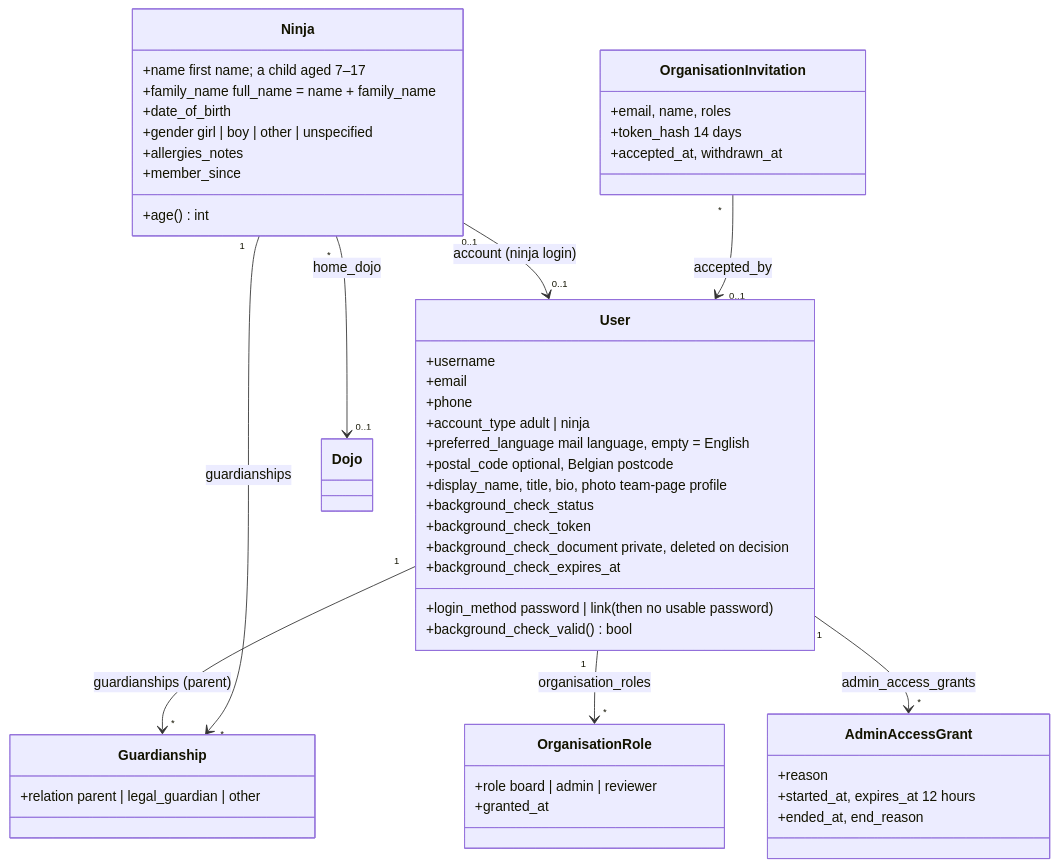
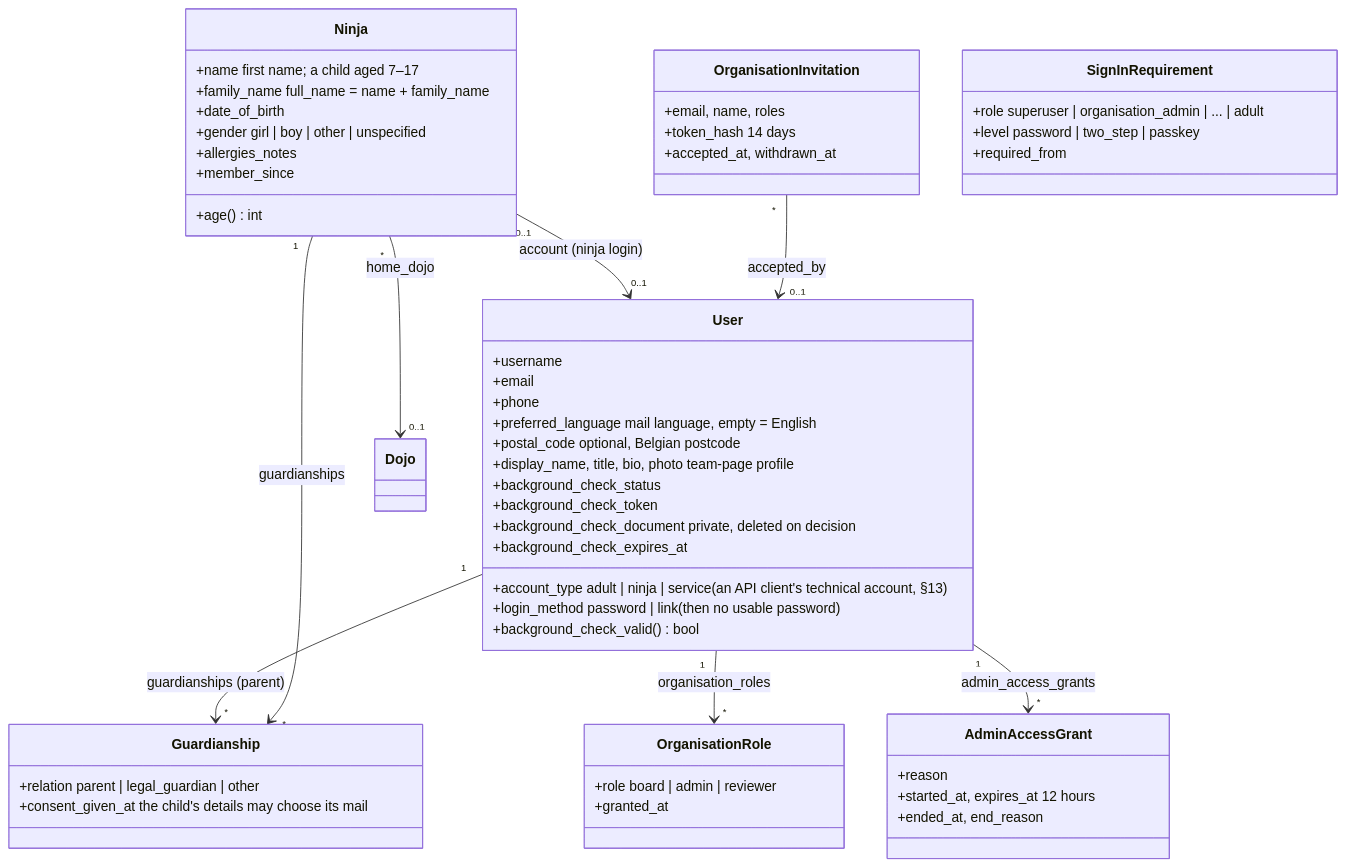
The second of 32 diagrams in DATA_MODEL.md (DoublG/coderdojo-event-registration), drawn with Mermaid before and after one commit. The commit also changed other lines of this file and 1 other file, not shown here.

First line of the commit message:
DATA_MODEL.md: diagrams caught up with the code

````diff
--- a/DATA_MODEL.md
+++ b/DATA_MODEL.md
@@ -128,53 +128,59 @@
 ```mermaid
 classDiagram
     direction TB
     class User {
         +username
         +email
         +phone
-        +account_type  adult | ninja
+        +account_type  adult | ninja | service (an API client's technical account, §13)
         +login_method  password | link (then no usable password)
         +preferred_language  mail language, empty = English
         +postal_code  optional, Belgian postcode
         +display_name, title, bio, photo  team-page profile
         +background_check_status
         +background_check_token
         +background_check_document  private, deleted on decision
         +background_check_expires_at
         +background_check_valid() bool
     }
     class Guardianship {
         +relation  parent | legal_guardian | other
+        +consent_given_at  the child's details may choose its mail
     }
     class Ninja {
         +name  first name; a child aged 7–17
         +family_name  full_name = name + family_name
         +date_of_birth
         +gender  girl | boy | other | unspecified
         +allergies_notes
         +member_since
         +age() int
     }
 
     User "1" --> "*" Guardianship : guardianships (parent)
     Ninja "1" --> "*" Guardianship : guardianships
     Ninja "0..1" --> "0..1" User : account (ninja login)
     Ninja "*" --> "0..1" Dojo : home_dojo
     class OrganisationRole {
         +role  board | admin | reviewer
         +granted_at
     }
     class AdminAccessGrant {
         +reason
         +started_at, expires_at  12 hours
         +ended_at, end_reason
     }
     class OrganisationInvitation {
         +email, name, roles
         +token_hash  14 days
         +accepted_at, withdrawn_at
     }
+    class SignInRequirement {
+        +role  superuser | organisation_admin | ... | adult
+        +level  password | two_step | passkey
+        +required_from
+    }
     User "1" --> "*" OrganisationRole : organisation_roles
     User "1" --> "*" AdminAccessGrant : admin_access_grants
     OrganisationInvitation "*" --> "0..1" User : accepted_by
 ```
````
